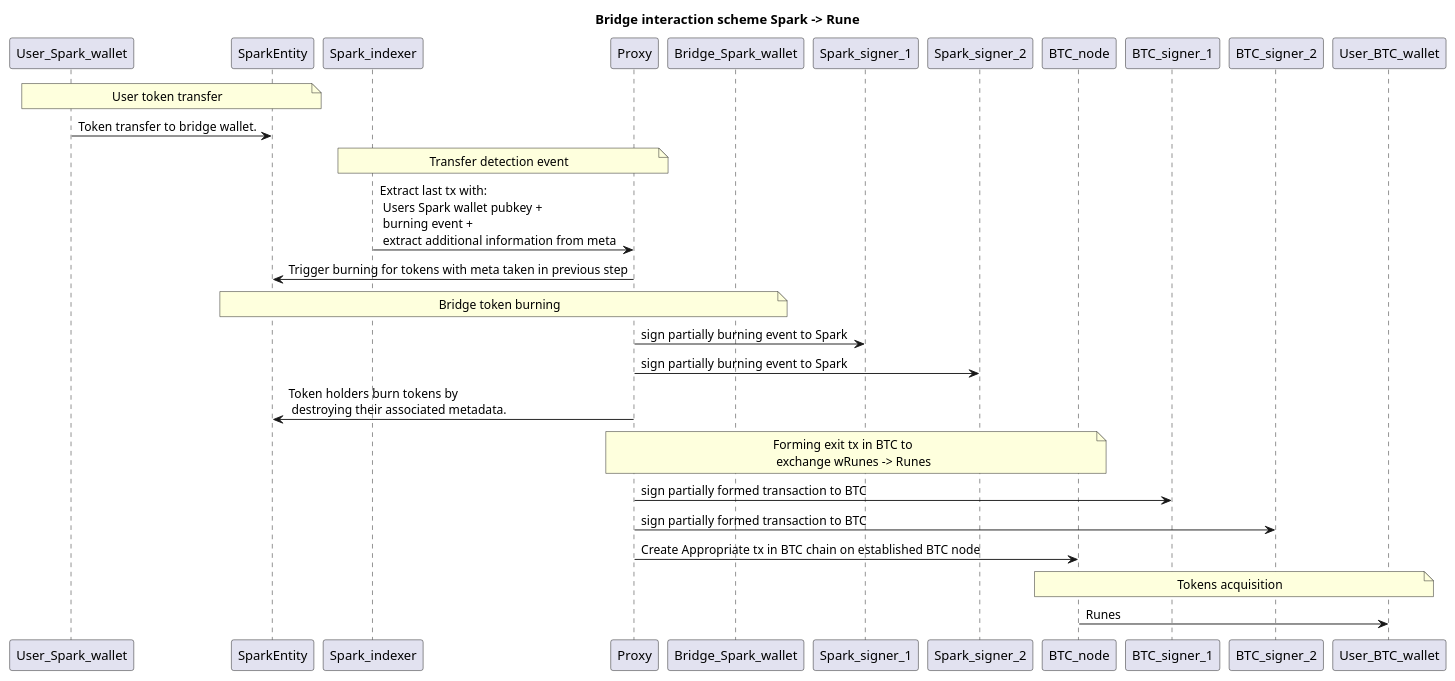
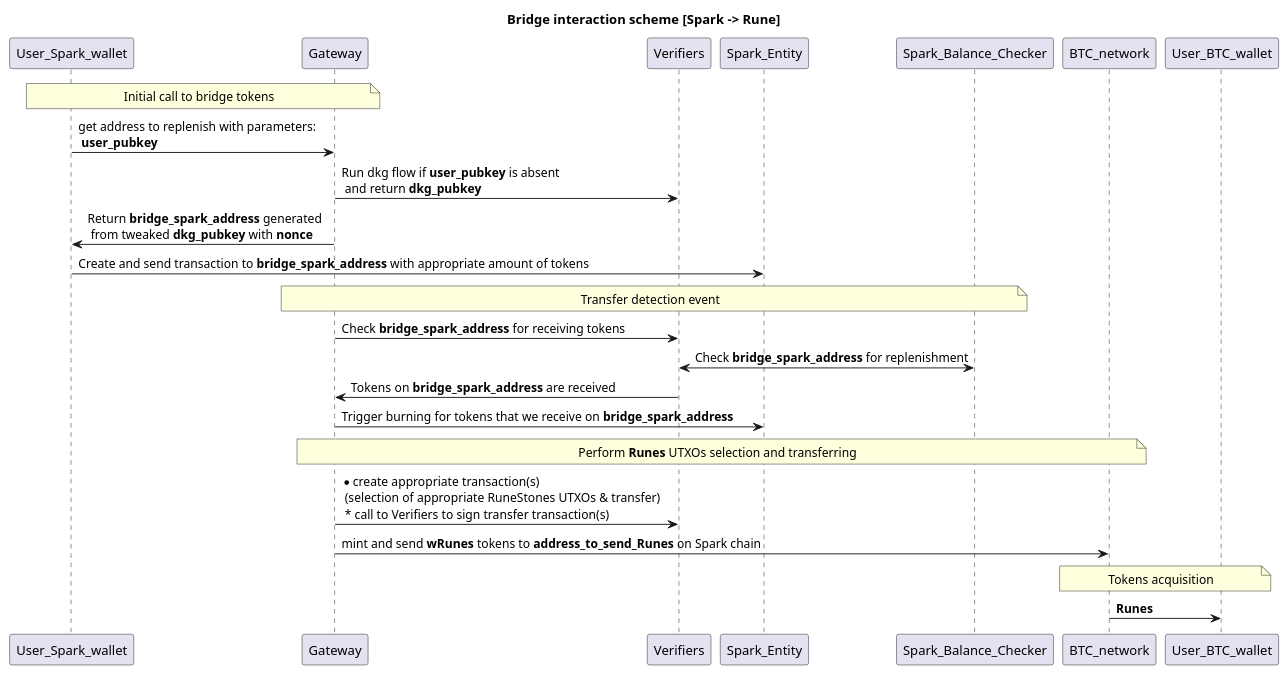
The diagram in docs/spark_runes.puml (Sats-Terminal/spark-bridge-backend), drawn with PlantUML before and after one commit. The commit also changed 1 other file, not shown here.

Commit message:
update uml diagrams

```diff
--- a/docs/spark_runes.puml
+++ b/docs/spark_runes.puml
@@ -1,25 +1,24 @@
 @startuml
 
-title Bridge interaction scheme Spark -> Rune
+title Bridge interaction scheme [Spark -> Rune]
 
-note over User_Spark_wallet,SparkEntity:User token transfer
-User_Spark_wallet->SparkEntity: Token transfer to bridge wallet.
+note over User_Spark_wallet,Gateway:Initial call to bridge tokens
+User_Spark_wallet->Gateway: get address to replenish with parameters: \n **user_pubkey**
+Gateway->Verifiers: Run dkg flow if **user_pubkey** is absent \n and return **dkg_pubkey**
+Gateway->User_Spark_wallet: Return **bridge_spark_address** generated \n from tweaked **dkg_pubkey** with **nonce**
+User_Spark_wallet->Spark_Entity: Create and send transaction to **bridge_spark_address** with appropriate amount of tokens
 
-note over Spark_indexer,Proxy:Transfer detection event
-Spark_indexer->Proxy:Extract last tx with: \n Users Spark wallet pubkey +\n burning event + \n extract additional information from meta
-Proxy->SparkEntity: Trigger burning for tokens with meta taken in previous step
+note over Spark_Balance_Checker,Gateway:Transfer detection event
+Gateway->Verifiers:Check **bridge_spark_address** for receiving tokens
+Verifiers<->Spark_Balance_Checker:Check **bridge_spark_address** for replenishment
+Verifiers->Gateway:Tokens on **bridge_spark_address** are received
+Gateway->Spark_Entity: Trigger burning for tokens that we receive on **bridge_spark_address**
 
-note over Bridge_Spark_wallet,SparkEntity:Bridge token burning
-Proxy->Spark_signer_1: sign partially burning event to Spark
-Proxy->Spark_signer_2: sign partially burning event to Spark
-Proxy->SparkEntity: Token holders burn tokens by \n destroying their associated metadata.
+note over Gateway,BTC_network:Perform **Runes** UTXOs selection and transferring
+Gateway->Verifiers: * create appropriate transaction(s) \n (selection of appropriate RuneStones UTXOs & transfer) \n * call to Verifiers to sign transfer transaction(s)
+Gateway->BTC_network: mint and send **wRunes** tokens to **address_to_send_Runes** on Spark chain
 
-note over Proxy, BTC_node:Forming exit tx in BTC to \n exchange wRunes -> Runes
-Proxy->BTC_signer_1: sign partially formed transaction to BTC
-Proxy->BTC_signer_2: sign partially formed transaction to BTC
-Proxy->BTC_node: Create Appropriate tx in BTC chain on established BTC node
-
-note over User_BTC_wallet, BTC_node: Tokens acquisition
-User_BTC_wallet<-BTC_node: Runes
+note over User_BTC_wallet, BTC_network: Tokens acquisition
+User_BTC_wallet<-BTC_network: **Runes**
 
 @enduml
```
